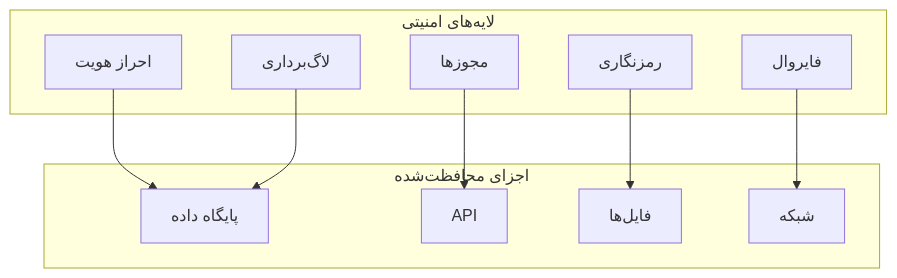
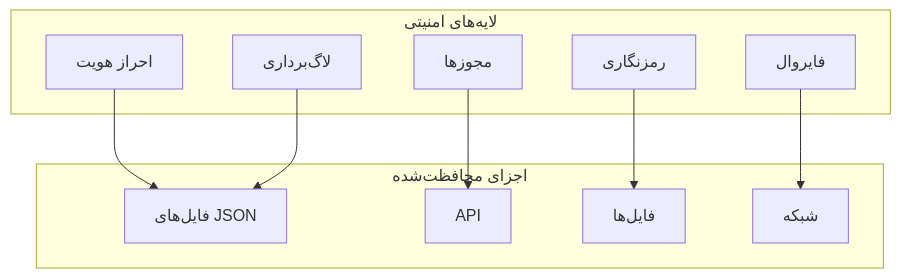
One commit to Shakour-Data/GravityManagement changed diagram 15 of 18 in Docs/Architecture_doc.md. Above: the diagram before and after it, drawn with Mermaid. The commit also changed other lines of this file and 2 other files, not shown here.

Commit message:
`Updated Architecture and Process documentation with new features and improvements`

````diff
--- a/Docs/Architecture_doc.md
+++ b/Docs/Architecture_doc.md
@@ -654,23 +828,23 @@
 ```mermaid
 graph TB
     subgraph "لایه‌های امنیتی"
         A[احراز هویت]
         B[مجوزها]
         C[رمزنگاری]
         D[لاگ‌برداری]
         E[فایروال]
     end
-    
+
     subgraph "اجزای محافظت‌شده"
-        F[پایگاه داده]
+        F[فایل‌های JSON]
         G[API]
         H[فایل‌ها]
         I[شبکه]
     end
-    
+
     A --> F
     B --> G
     C --> H
     D --> F
     E --> I
 ```
````
